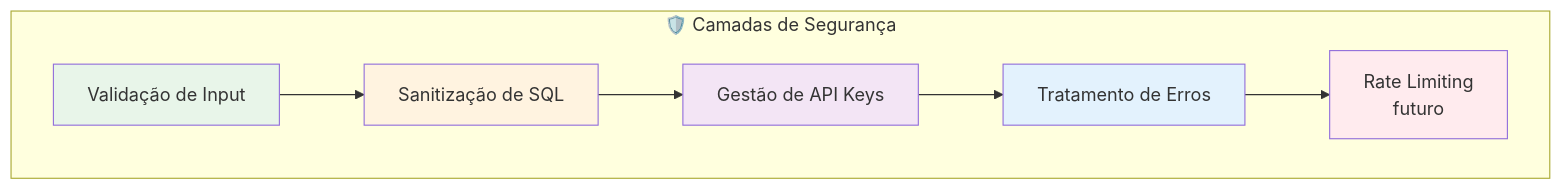
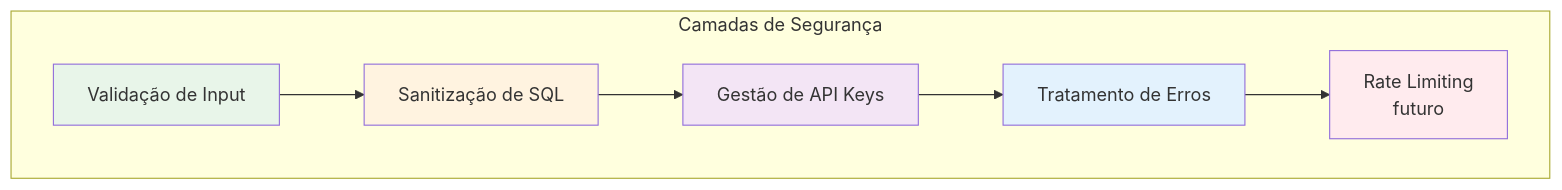
The ninth of 11 diagrams in ARCHITECTURE.md (Nik0o0lps/DataDialogue), drawn with Mermaid before and after one commit. The commit also changed other lines of this file and 1 other file, not shown here.

First line of the commit message:
refactor: Remove todos os emojis dos diagramas e documentação

````diff
--- a/ARCHITECTURE.md
+++ b/ARCHITECTURE.md
@@ -496,21 +496,21 @@
 ```mermaid
 graph TD
-    subgraph "🛡️ Camadas de Segurança"
+    subgraph "Camadas de Segurança"
         A[Validação de Input]
         B[Sanitização de SQL]
         C[Gestão de API Keys]
         D[Tratamento de Erros]
         E[Rate Limiting<br/>futuro]
         
         A --> B
         B --> C
         C --> D
         D --> E
     end
     
     style A fill:#e8f5e9
     style B fill:#fff3e0
     style C fill:#f3e5f5
     style D fill:#e3f2fd
     style E fill:#ffebee
 ```
````
